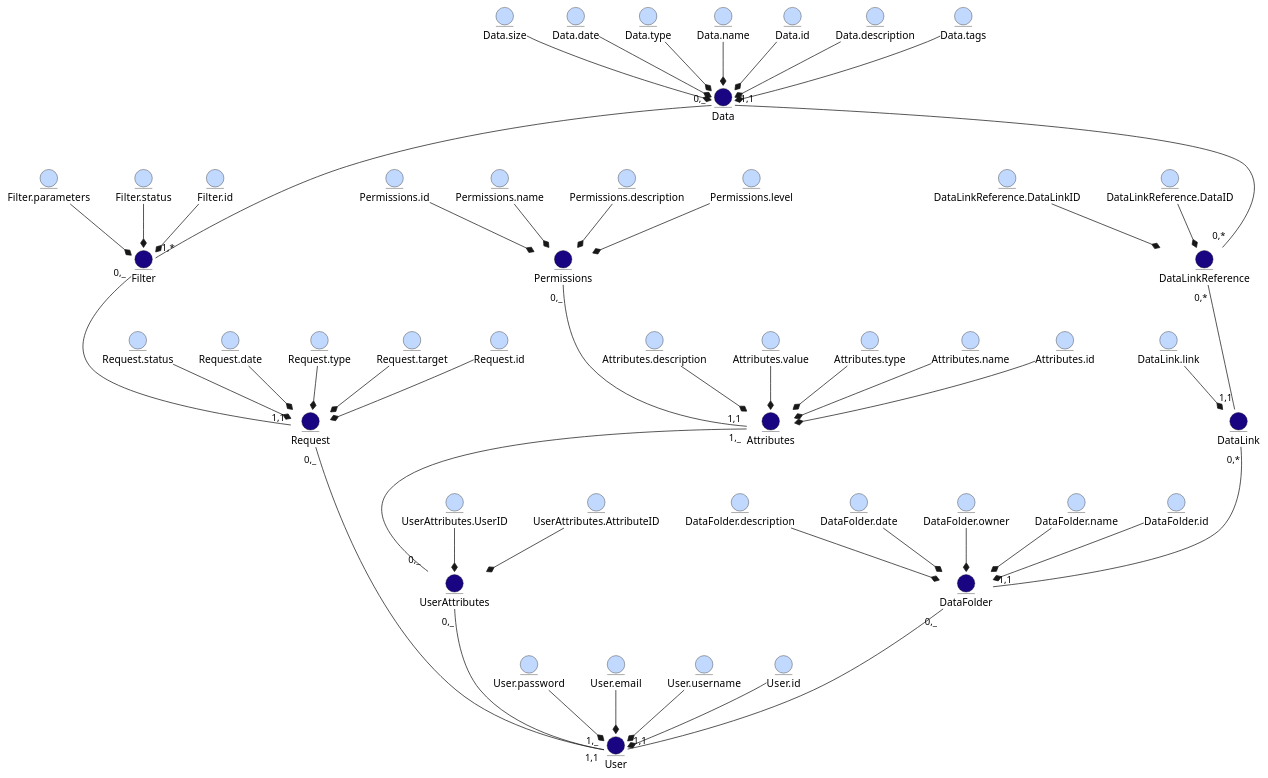
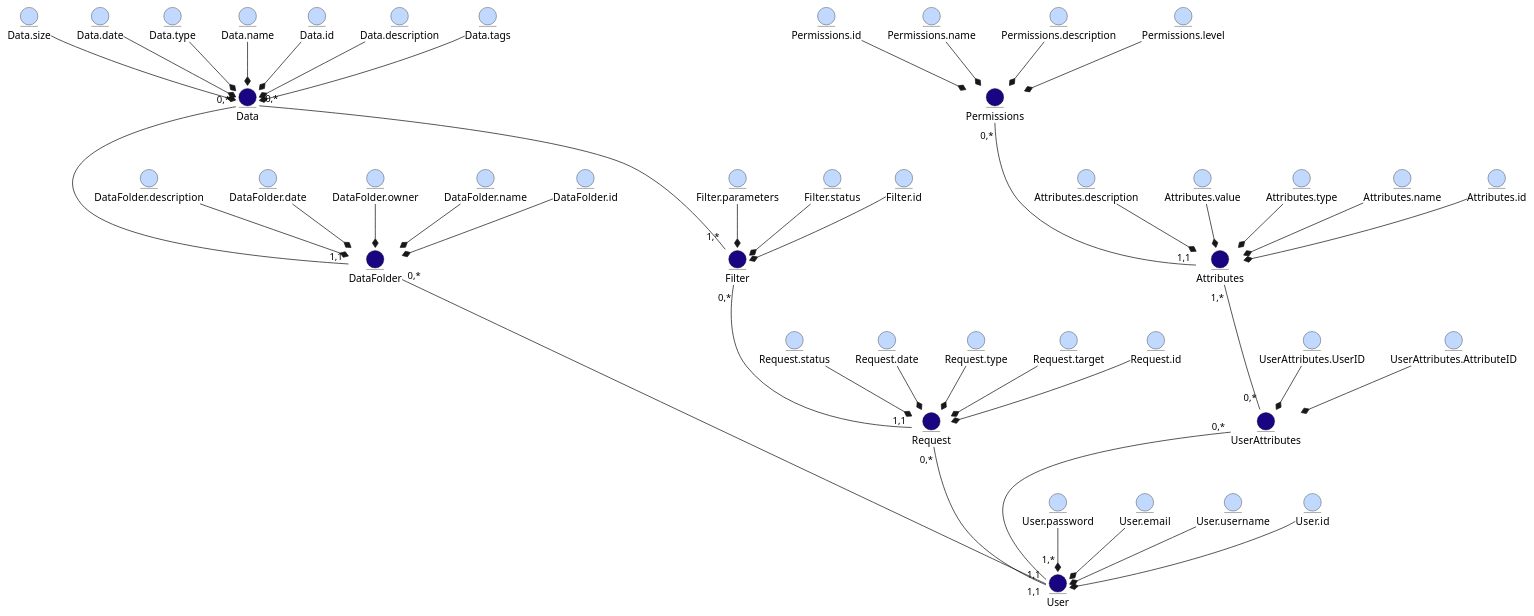
Before and after one commit to edu-db/edu_db_labs: the diagram in docs/design/README.md, drawn with PlantUML.

Commit message:
refactor: simplify diagram; rid of the DataLink and DataLinkReference

```diff
--- a/docs/design/README.md
+++ b/docs/design/README.md
@@ -7,12 +7,10 @@
 @startuml
-
 
 entity User  #190482
 entity User.password  #C2D9FF
 entity User.email #C2D9FF
 entity User.username #C2D9FF
 entity User.id #C2D9FF
-
 
 entity Attributes  #190482
 entity Attributes.description  #C2D9FF
@@ -59,13 +57,6 @@
 entity UserAttributes.UserID  #C2D9FF
 entity UserAttributes.AttributeID #C2D9FF
 
-entity DataLinkReference  #190482
-entity DataLinkReference.DataLinkID  #C2D9FF
-entity DataLinkReference.DataID #C2D9FF
-
-entity DataLink #190482
-entity DataLink.link #C2D9FF
-
 User.password -d-* User
 User.email -d-* User
 User.username -d-* User
@@ -89,23 +80,15 @@
 Data.description -d-* Data
 Data.tags -d-* Data
 
-
-DataLink.link -d-* DataLink
-
-
-
 DataFolder.description -d-* DataFolder
 DataFolder.date -d-* DataFolder
 DataFolder.owner -d-* DataFolder
 DataFolder.name -d-* DataFolder
 DataFolder.id -d-* DataFolder
 
-DataLinkReference.DataLinkID -d-* DataLinkReference
-DataLinkReference.DataID -d-* DataLinkReference
 
 UserAttributes.UserID -d-* UserAttributes
 UserAttributes.AttributeID -d-* UserAttributes
-
 
 Attributes.description -d-* Attributes
 Attributes.value -d-* Attributes
@@ -118,15 +101,14 @@
 Permissions.name -d-* Permissions
 Permissions.id -d-* Permissions
 
-User "1,_" --u- "0,_" UserAttributes
-User "1,1" --u- "0,_" Request
-User "1,1" --u- "0,_" DataFolder
-Request "1,1" --u- "0,_" Filter
-Filter "1,*" --u- "0,_" Data
-UserAttributes "0,_" --u- "1,_" Attributes
-Attributes "1,1" --u- "0,_" Permissions
-DataFolder "1,1" --u- "0,*" DataLink 
-DataLink "1,1" --u- "0,*" DataLinkReference
-DataLinkReference "0,*" --u- "1,1" Data
+User "1,*" --u- "0,*" UserAttributes
+User "1,1" --u- "0,*" Request
+User "1,1" --u- "0,*" DataFolder
+Request "1,1" --u- "0,*" Filter
+Filter "1,*" --u- "0,*" Data
+UserAttributes "0,*" --u- "1,*" Attributes
+Attributes "1,1" --u- "0,*" Permissions
+DataFolder "1,1" --u- "0,*" Data 
+
 
 @enduml
```
